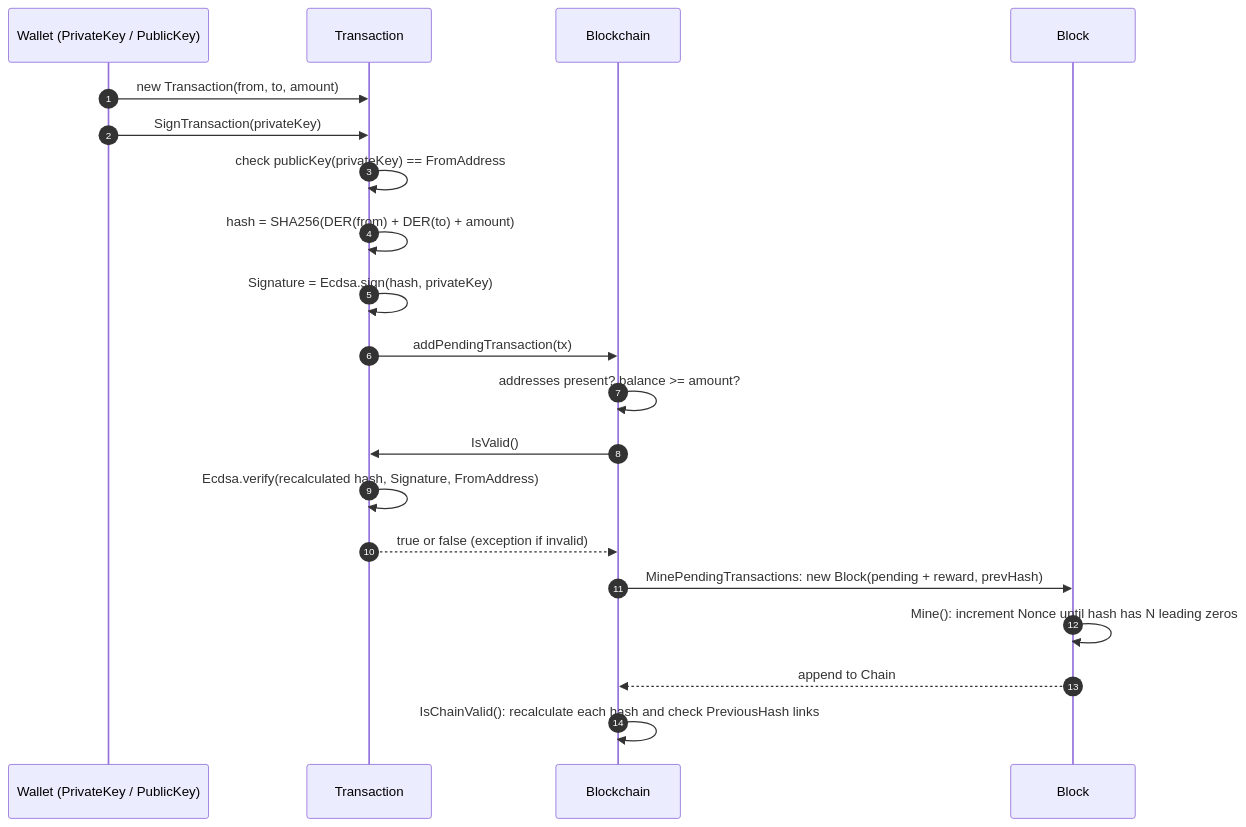
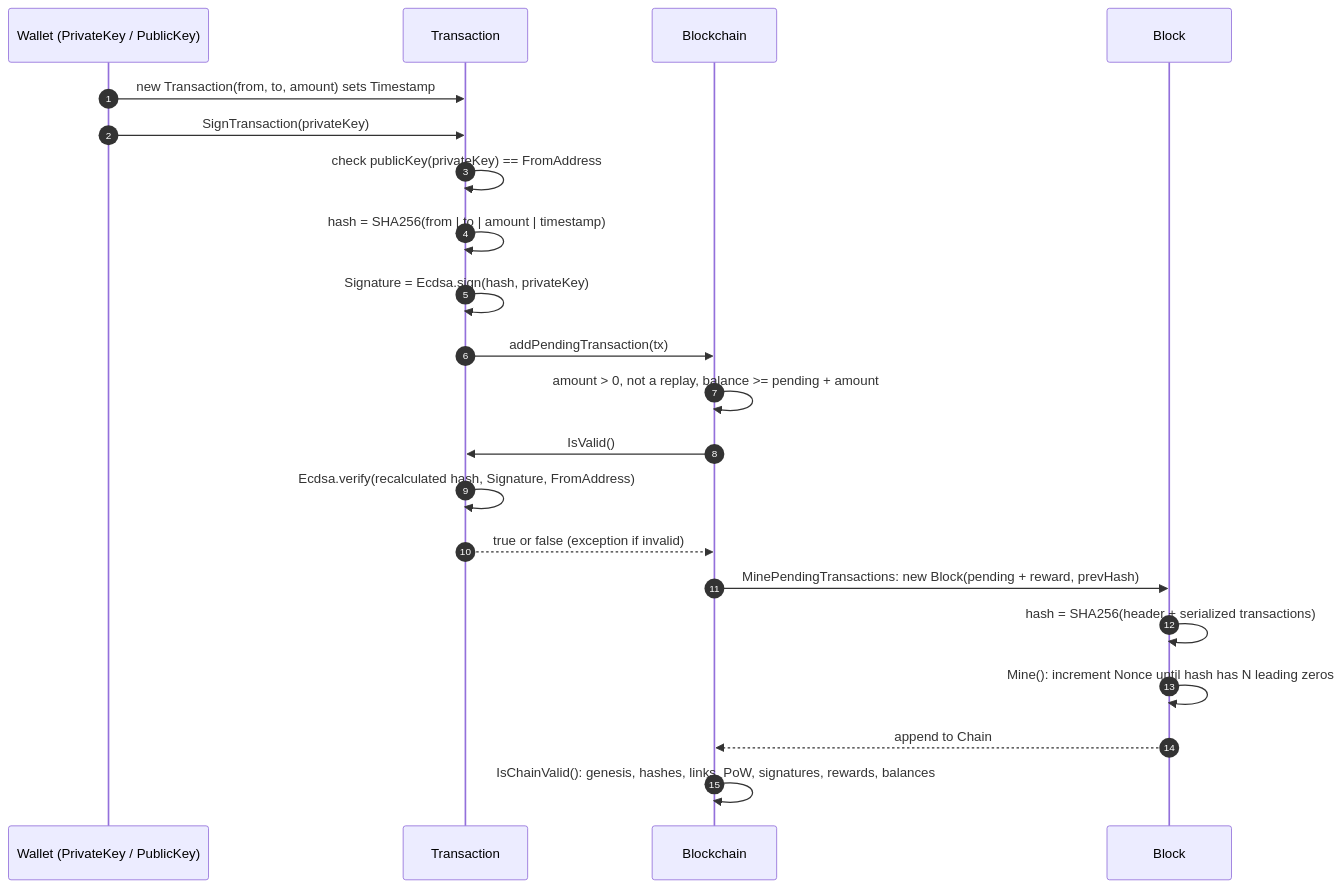
The diagram in README.md (mikedsosa/CloudCoin), drawn with Mermaid before and after one commit. The commit also changed other lines of this file, not shown here.

````diff
--- a/README.md
+++ b/README.md
@@ -55,23 +72,24 @@
 ```mermaid
 sequenceDiagram
     autonumber
     participant W as Wallet (PrivateKey / PublicKey)
     participant T as Transaction
     participant BC as Blockchain
     participant B as Block
 
-    W->>T: new Transaction(from, to, amount)
+    W->>T: new Transaction(from, to, amount) sets Timestamp
     W->>T: SignTransaction(privateKey)
     T->>T: check publicKey(privateKey) == FromAddress
-    T->>T: hash = SHA256(DER(from) + DER(to) + amount)
+    T->>T: hash = SHA256(from | to | amount | timestamp)
     T->>T: Signature = Ecdsa.sign(hash, privateKey)
     T->>BC: addPendingTransaction(tx)
-    BC->>BC: addresses present? balance >= amount?
+    BC->>BC: amount > 0, not a replay, balance >= pending + amount
     BC->>T: IsValid()
     T->>T: Ecdsa.verify(recalculated hash, Signature, FromAddress)
     T-->>BC: true or false (exception if invalid)
     BC->>B: MinePendingTransactions: new Block(pending + reward, prevHash)
+    B->>B: hash = SHA256(header + serialized transactions)
     B->>B: Mine(): increment Nonce until hash has N leading zeros
     B-->>BC: append to Chain
-    BC->>BC: IsChainValid(): recalculate each hash and check PreviousHash links
+    BC->>BC: IsChainValid(): genesis, hashes, links, PoW, signatures, rewards, balances
 ```
````
